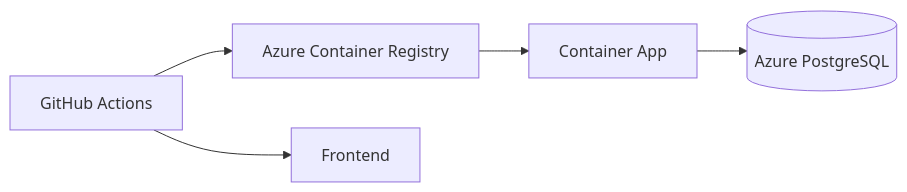
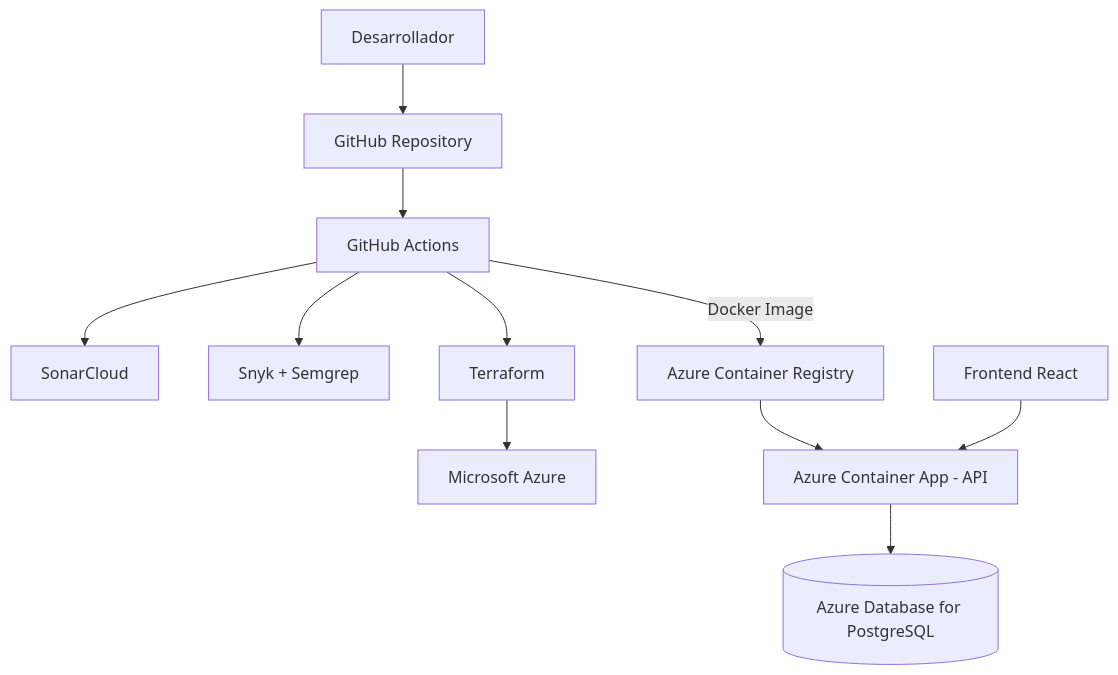
One commit to RichiPodesta1113/online-exams changed the diagram in docs/deployment-diagram.md. Above: the diagram before and after it, drawn with Mermaid. The commit also changed other lines of this file and 26 other files, not shown here.

````diff
--- a/docs/deployment-diagram.md
+++ b/docs/deployment-diagram.md
@@ -2,6 +3,29 @@
 ```mermaid
-flowchart LR
- GH[GitHub Actions] --> ACR[Azure Container Registry] --> API[Container App]
- GH --> FE[Frontend]
- API --> DB[(Azure PostgreSQL)]
+flowchart TB
+    DEV[Desarrollador]
+    GH[GitHub Repository]
+    GA[GitHub Actions]
+    SONAR[SonarCloud]
+    SECURITY[Snyk + Semgrep]
+    TF[Terraform]
+    AZURE[Microsoft Azure]
+    ACR[Azure Container Registry]
+    APP[Azure Container App - API]
+    DB[(Azure Database for PostgreSQL)]
+    FE[Frontend React]
+
+    DEV --> GH
+    GH --> GA
+
+    GA --> SONAR
+    GA --> SECURITY
+    GA --> TF
+
+    TF --> AZURE
+
+    GA -->|Docker Image| ACR
+    ACR --> APP
+
+    APP --> DB
+    FE --> APP
 ```
````
